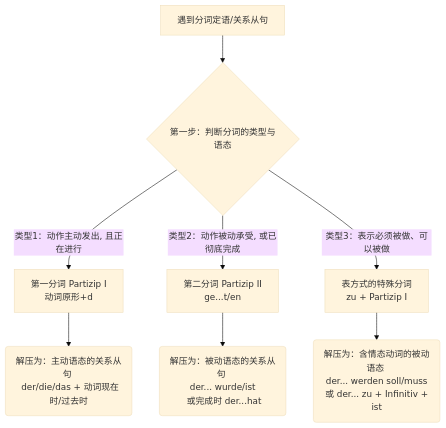
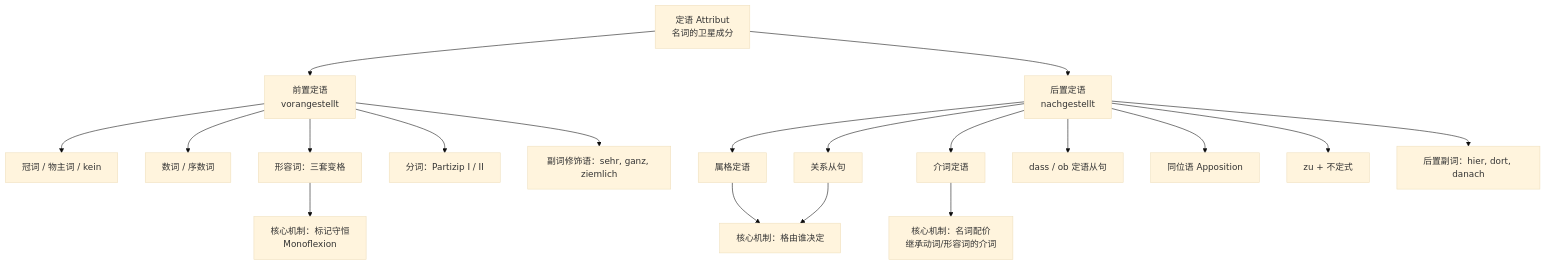
One commit to tanghaochen/Ideologie_und_Politik_obsidian changed the first of 5 diagrams in 语言学习/德语/公共知识语法/10句型/从句合集/前置定语、后置定语以及扩展的分词定语.md. Above: the diagram before and after it, drawn with Mermaid (base theme). The commit also changed other lines of this file and 148 other files, not shown here.

````diff
--- a/语言学习/德语/公共知识语法/10句型/从句合集/前置定语、后置定语以及扩展的分词定语.md
+++ b/语言学习/德语/公共知识语法/10句型/从句合集/前置定语、后置定语以及扩展的分词定语.md
@@ -103,11 +31,21 @@
 ```mermaid
 graph TD
-    A[遇到分词定语/关系从句] --> B{第一步：判断分词的类型与语态}
-    B -->|类型1：动作主动发出, 且正在进行| C[第一分词 Partizip I <br> 动词原形+d]
-    B -->|类型2：动作被动承受, 或已彻底完成| D[第二分词 Partizip II <br> ge...t/en]
-    B -->|类型3：表示必须被做、可以被做| E[表方式的特殊分词 <br> zu + Partizip I]
-    
-    C --> F(解压为：主动语态的关系从句 <br> der/die/das + 动词现在时/过去时)
-    D --> G(解压为：被动语态的关系从句 <br> der... wurde/ist <br> 或完成时 der...hat)
-    E --> H(解压为：含情态动词的被动语态 <br> der... werden soll/muss <br> 或 der... zu + Infinitiv + ist)
+    A["定语 Attribut<br/>名词的卫星成分"] --> B["前置定语<br/>vorangestellt"]
+    A --> C["后置定语<br/>nachgestellt"]
+    B --> B1["冠词 / 物主词 / kein"]
+    B --> B2["数词 / 序数词"]
+    B --> B3["形容词：三套变格"]
+    B --> B4["分词：Partizip I / II"]
+    B --> B5["副词修饰语：sehr, ganz, ziemlich"]
+    C --> C1["属格定语"]
+    C --> C2["介词定语"]
+    C --> C3["关系从句"]
+    C --> C4["dass / ob 定语从句"]
+    C --> C5["同位语 Apposition"]
+    C --> C6["zu + 不定式"]
+    C --> C7["后置副词：hier, dort, danach"]
+    B3 --> D["核心机制：标记守恒<br/>Monoflexion"]
+    C1 --> E["核心机制：格由谁决定"]
+    C3 --> E
+    C2 --> F["核心机制：名词配价<br/>继承动词/形容词的介词"]
 ```
````
